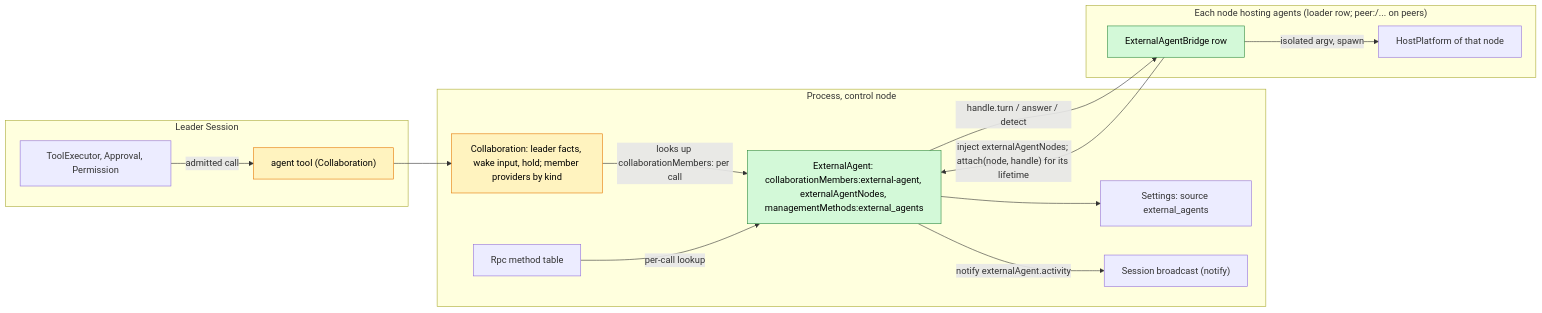
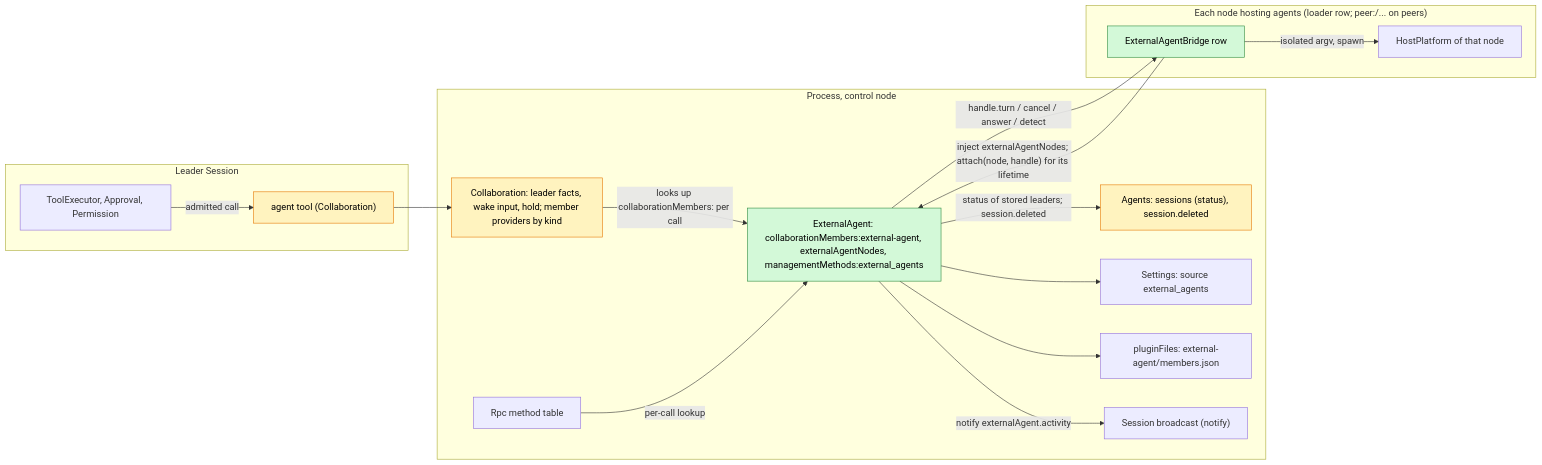
The first of 4 diagrams in docs/design/plugins/ExternalAgent.md (CoutinhoTTS/dim-agent), drawn with Mermaid before and after one commit. The commit also changed other lines of this file and 6 other files, not shown here.

First line of the commit message:
docs(external-agent): address review on leader end, cancel, D4 and clients

````diff
--- a/docs/design/plugins/ExternalAgent.md
+++ b/docs/design/plugins/ExternalAgent.md
@@ -31,29 +31,33 @@
 ```mermaid
 flowchart LR
   classDef new fill:#d3f9d8,stroke:#2b8a3e,color:#000
   classDef chg fill:#fff3bf,stroke:#e67700,color:#000
   subgraph leader["Leader Session"]
     Tool["agent tool (Collaboration)"]:::chg
     TE["ToolExecutor, Approval, Permission"]
   end
   subgraph proc["Process, control node"]
     Coll["Collaboration: leader facts, wake input, hold; member providers by kind"]:::chg
     EA["ExternalAgent: collaborationMembers:external-agent, externalAgentNodes, managementMethods:external_agents"]:::new
+    AG["Agents: sessions (status), session.deleted"]:::chg
     Settings["Settings: source external_agents"]
+    PF["pluginFiles: external-agent/members.json"]
     SB["Session broadcast (notify)"]
     Rpc["Rpc method table"]
   end
   subgraph node["Each node hosting agents (loader row; peer:<node>/... on peers)"]
     BR["ExternalAgentBridge row"]:::new
     HP["HostPlatform of that node"]
   end
   TE -->|"admitted call"| Tool
   Tool --> Coll
   Coll -->|"looks up collaborationMembers:<kind> per call"| EA
   BR -->|"inject externalAgentNodes; attach(node, handle) for its lifetime"| EA
-  EA -->|"handle.turn / answer / detect"| BR
+  EA -->|"handle.turn / cancel / answer / detect"| BR
   BR -->|"isolated argv, spawn"| HP
   EA -->|"notify externalAgent.activity"| SB
+  EA -->|"status of stored leaders; session.deleted"| AG
   Rpc -->|"per-call lookup"| EA
   EA --> Settings
+  EA --> PF
 ```
````
